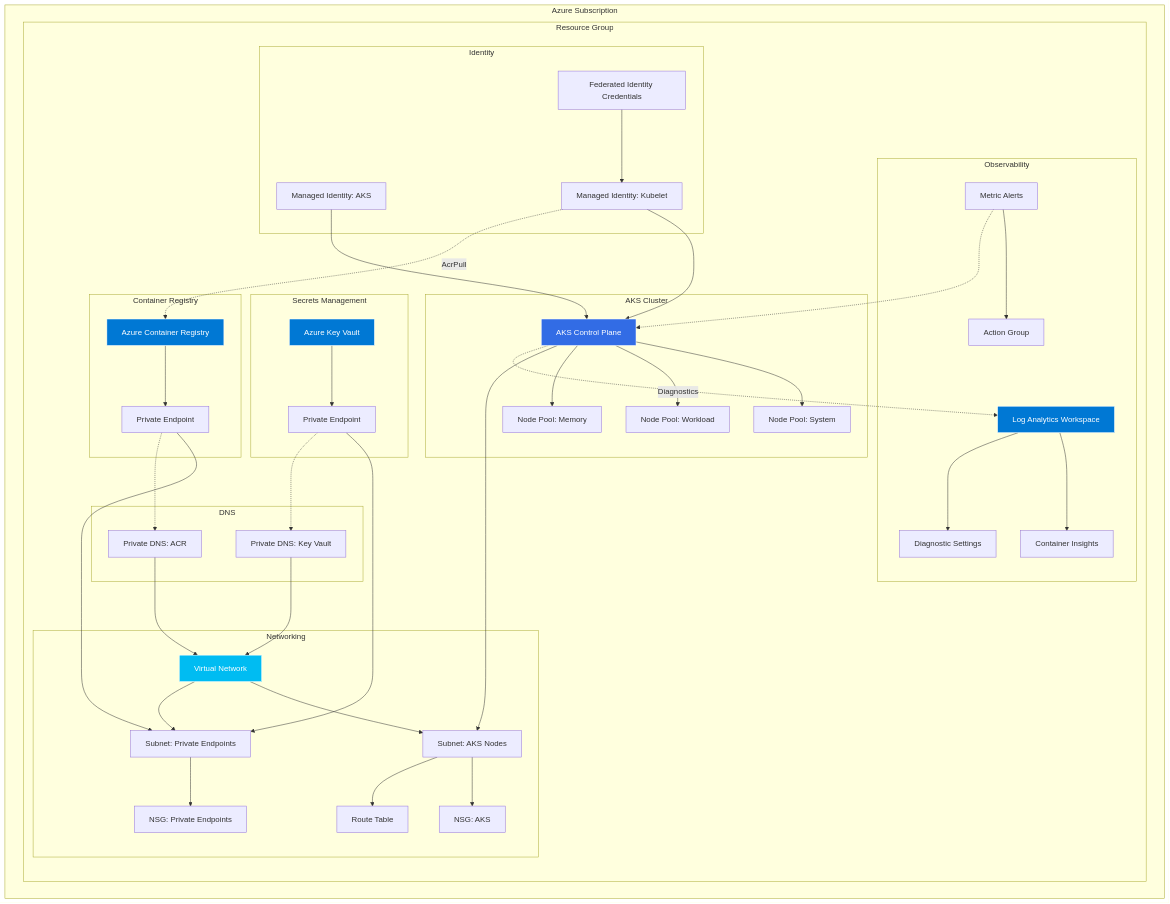
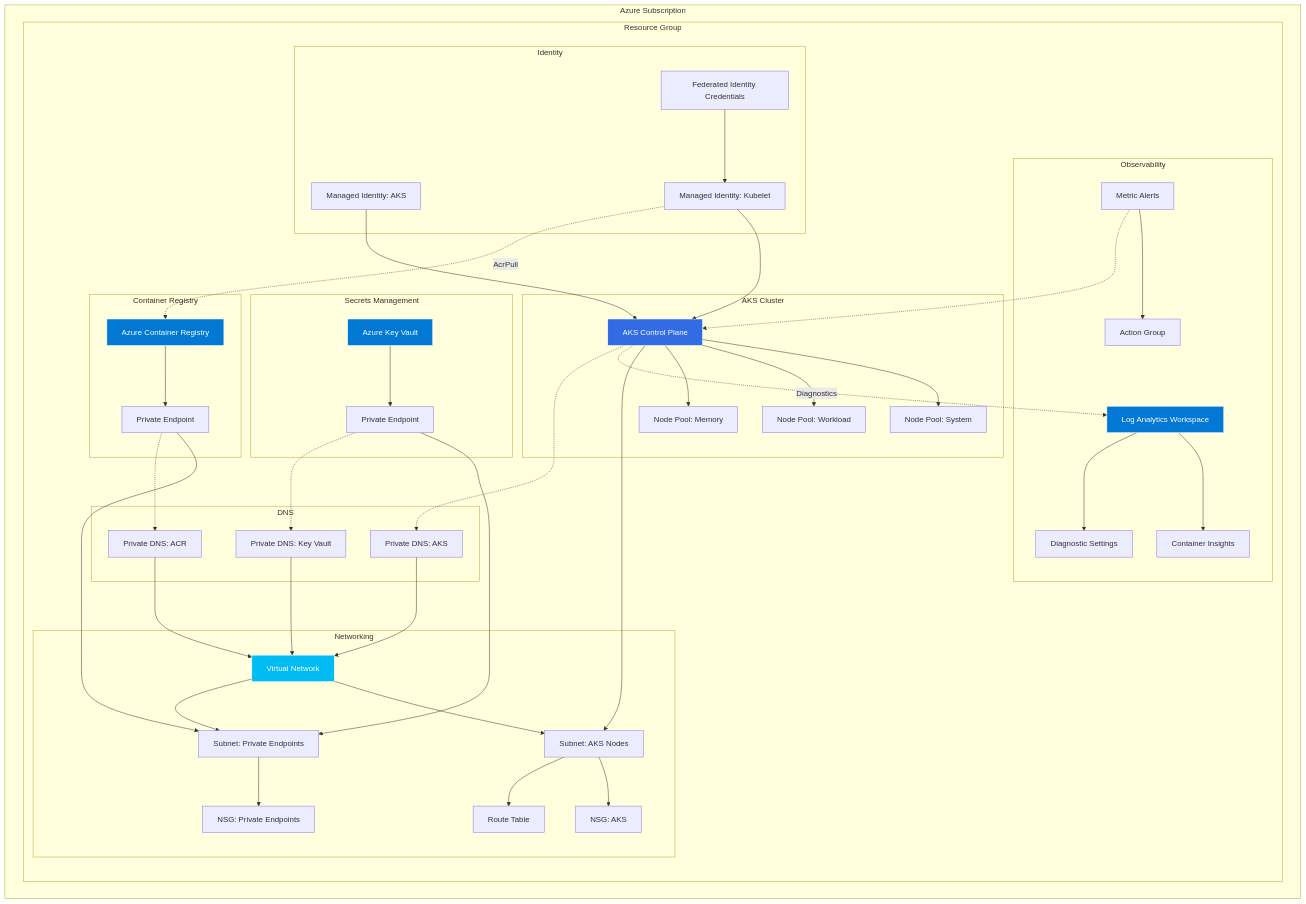
Before and after one commit to fyls237/plateform-aks-standards-entreprise: the first of 2 diagrams in docs/architecture.md, drawn with Mermaid. The commit also changed other lines of this file and 8 other files, not shown here.

Commit message:
test(deploy): deploy private aks sample and add aks private link (#28)

```diff
--- a/docs/architecture.md
+++ b/docs/architecture.md
@@ -53,6 +53,7 @@
             subgraph "DNS"
                 DNS_ACR["Private DNS: ACR"]
                 DNS_KV["Private DNS: Key Vault"]
+                DNS_AKS["Private DNS: AKS"]
             end
         end
     end
@@ -84,8 +85,10 @@
 
     DNS_ACR --> VNET
     DNS_KV --> VNET
+    DNS_AKS --> VNET
     ACR_PE -.-> DNS_ACR
     KV_PE -.-> DNS_KV
+    AKS -.-> DNS_AKS
 
     style AKS fill:#326CE5,stroke:#fff,color:#fff
     style ACR fill:#0078D4,stroke:#fff,color:#fff
```
